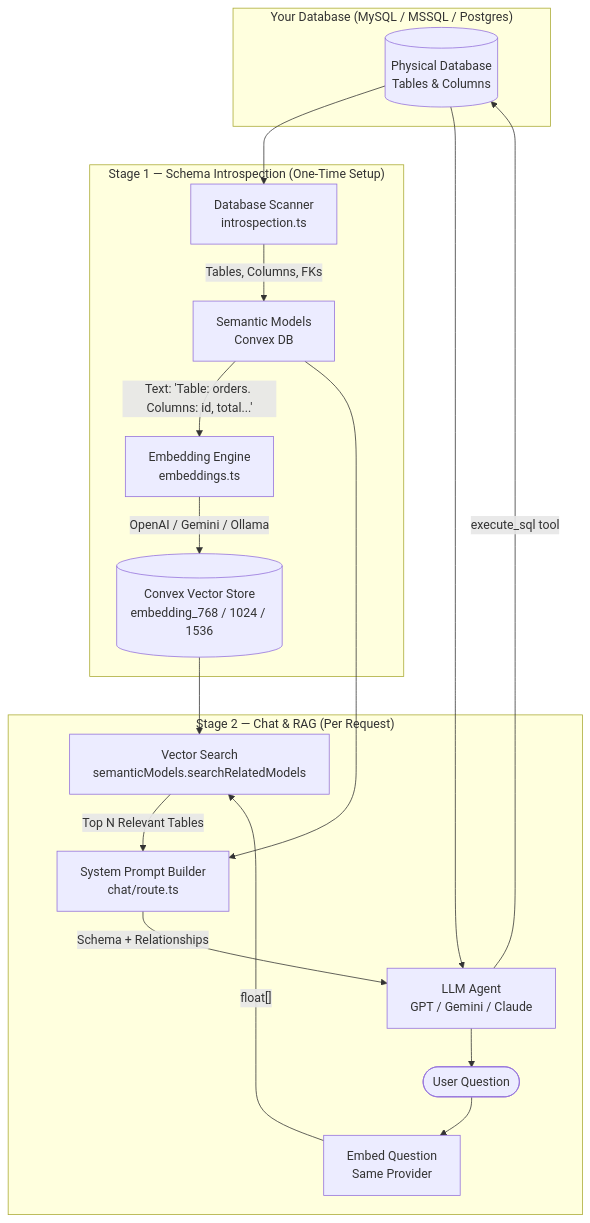
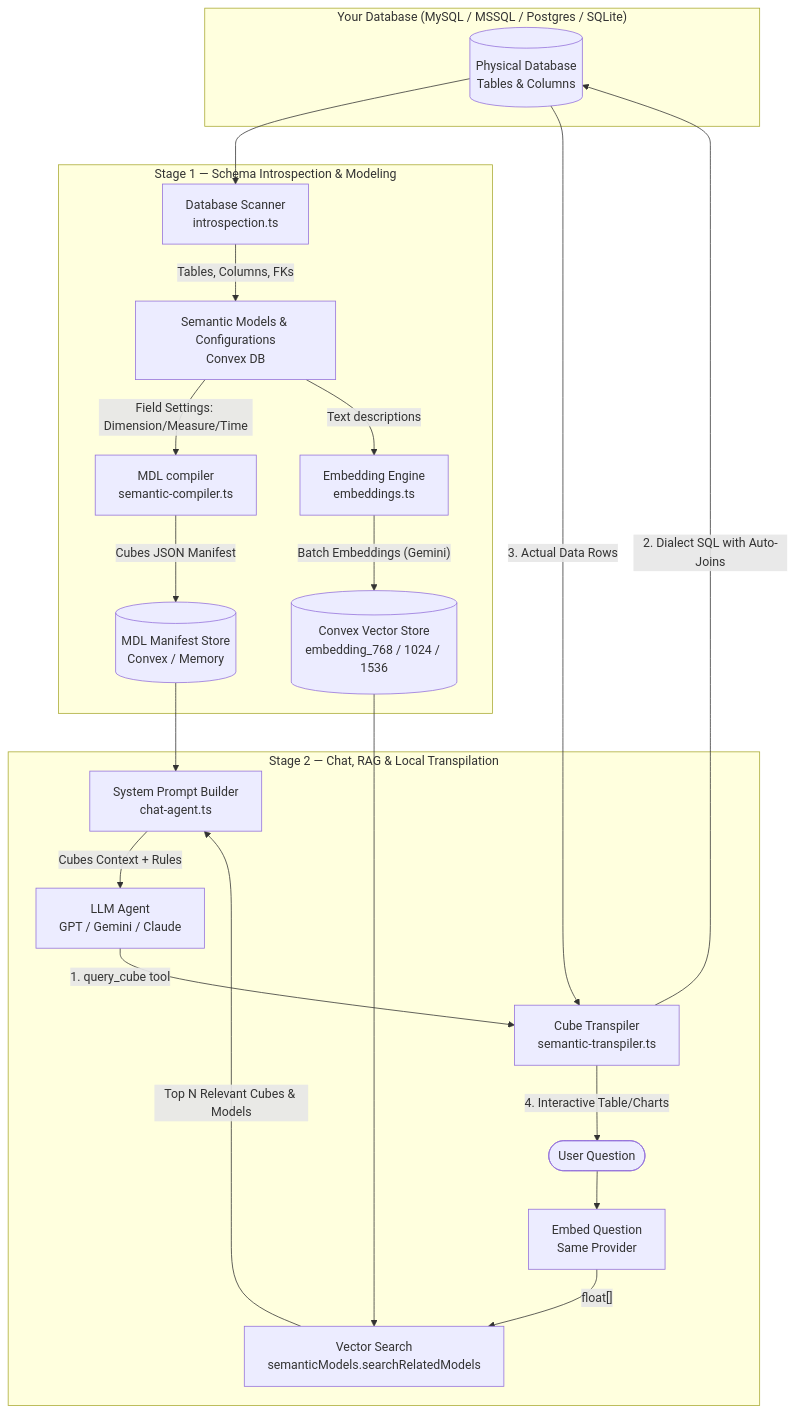
Before and after one commit to Auto-Happiness/orcha-agent-os: the first of 2 diagrams in diagrams/Semantic.md, drawn with Mermaid. The commit also changed other lines of this file and 8 other files, not shown here.

Commit message:
semantic cubes for better reasoning

````diff
--- a/diagrams/Semantic.md
+++ b/diagrams/Semantic.md
@@ -11,26 +11,28 @@
 ```mermaid
 graph TD
-    subgraph DB_GROUP["Your Database (MySQL / MSSQL / Postgres)"]
+    subgraph DB_GROUP["Your Database (MySQL / MSSQL / Postgres / SQLite)"]
         DB[("Physical Database<br/>Tables & Columns")]
     end
  
-    subgraph STAGE1["Stage 1 — Schema Introspection (One-Time Setup)"]
+    subgraph STAGE1["Stage 1 — Schema Introspection & Modeling"]
         DB --> SCAN["Database Scanner<br/>introspection.ts"]
-        SCAN -->|"Tables, Columns, FKs"| BULK["Semantic Models<br/>Convex DB"]
-        BULK -->|"Text: 'Table: orders. Columns: id, total...'"| EMBED["Embedding Engine<br/>embeddings.ts"]
-        EMBED -->|"OpenAI / Gemini / Ollama"| VEC[("Convex Vector Store<br/>embedding_768 / 1024 / 1536")]
+        SCAN -->|"Tables, Columns, FKs"| BULK["Semantic Models & Configurations<br/>Convex DB"]
+        BULK -->|"Field Settings: Dimension/Measure/Time"| COMPILER["MDL compiler<br/>semantic-compiler.ts"]
+        COMPILER -->|"Cubes JSON Manifest"| MANIFEST[("MDL Manifest Store<br/>Convex / Memory")]
+        BULK -->|"Text descriptions"| EMBED["Embedding Engine<br/>embeddings.ts"]
+        EMBED -->|"Batch Embeddings (Gemini)"| VEC[("Convex Vector Store<br/>embedding_768 / 1024 / 1536")]
     end
  
-    subgraph STAGE2["Stage 2 — Chat & RAG (Per Request)"]
+    subgraph STAGE2["Stage 2 — Chat, RAG & Local Transpilation"]
         USER(["User Question"]) --> EMBED2["Embed Question<br/>Same Provider"]
         EMBED2 -->|"float[]"| VSEARCH["Vector Search<br/>semanticModels.searchRelatedModels"]
         VEC --> VSEARCH
-        VSEARCH -->|"Top N Relevant Tables"| PROMPT["System Prompt Builder<br/>chat/route.ts"]
-        BULK --> PROMPT
-        PROMPT -->|"Schema + Relationships"| LLM["LLM Agent<br/>GPT / Gemini / Claude"]
-        LLM -->|"execute_sql tool"| DB
-        DB --> LLM
-        LLM --> USER
+        VSEARCH -->|"Top N Relevant Cubes & Models"| PROMPT["System Prompt Builder<br/>chat-agent.ts"]
+        MANIFEST --> PROMPT
+        PROMPT -->|"Cubes Context + Rules"| LLM["LLM Agent<br/>GPT / Gemini / Claude"]
+        LLM -->|"1. query_cube tool"| TRANSPILER["Cube Transpiler<br/>semantic-transpiler.ts"]
+        TRANSPILER -->|"2. Dialect SQL with Auto-Joins"| DB
+        DB -->|"3. Actual Data Rows"| TRANSPILER
+        TRANSPILER -->|"4. Interactive Table/Charts"| USER
     end
- 
 ```
````
